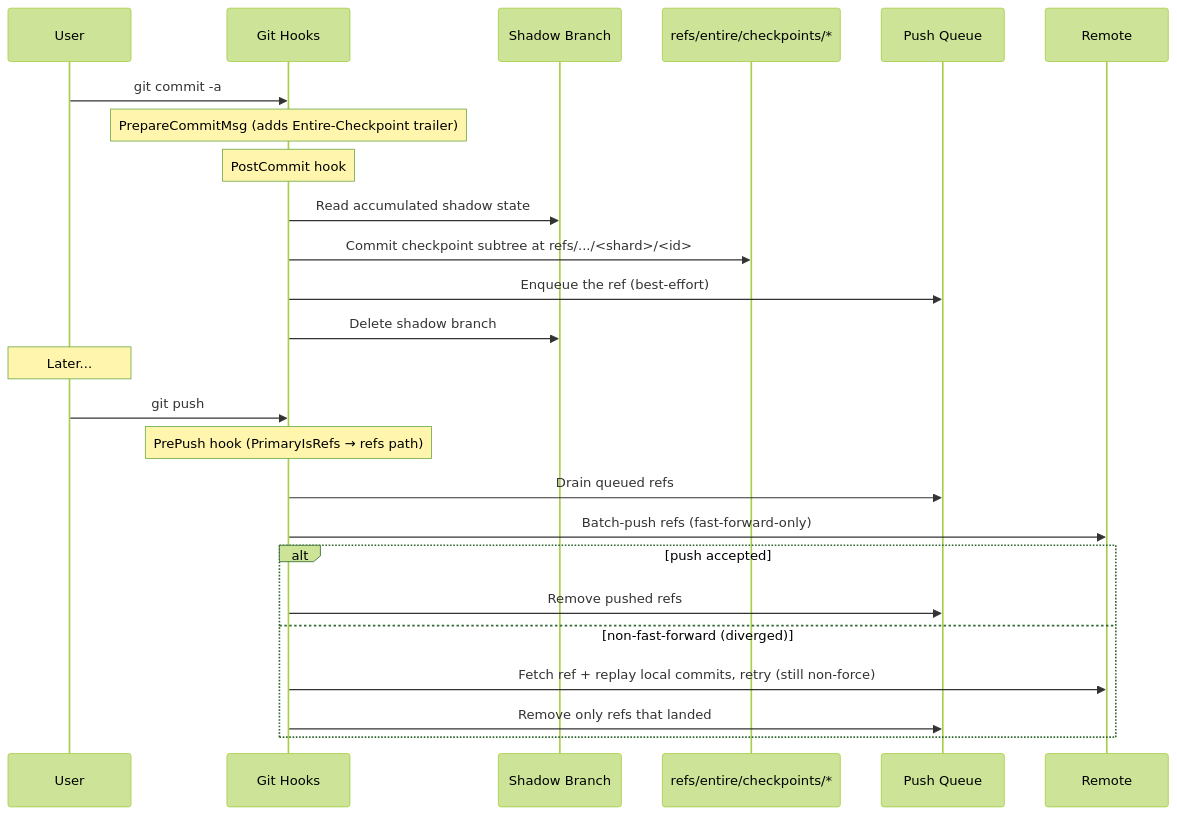
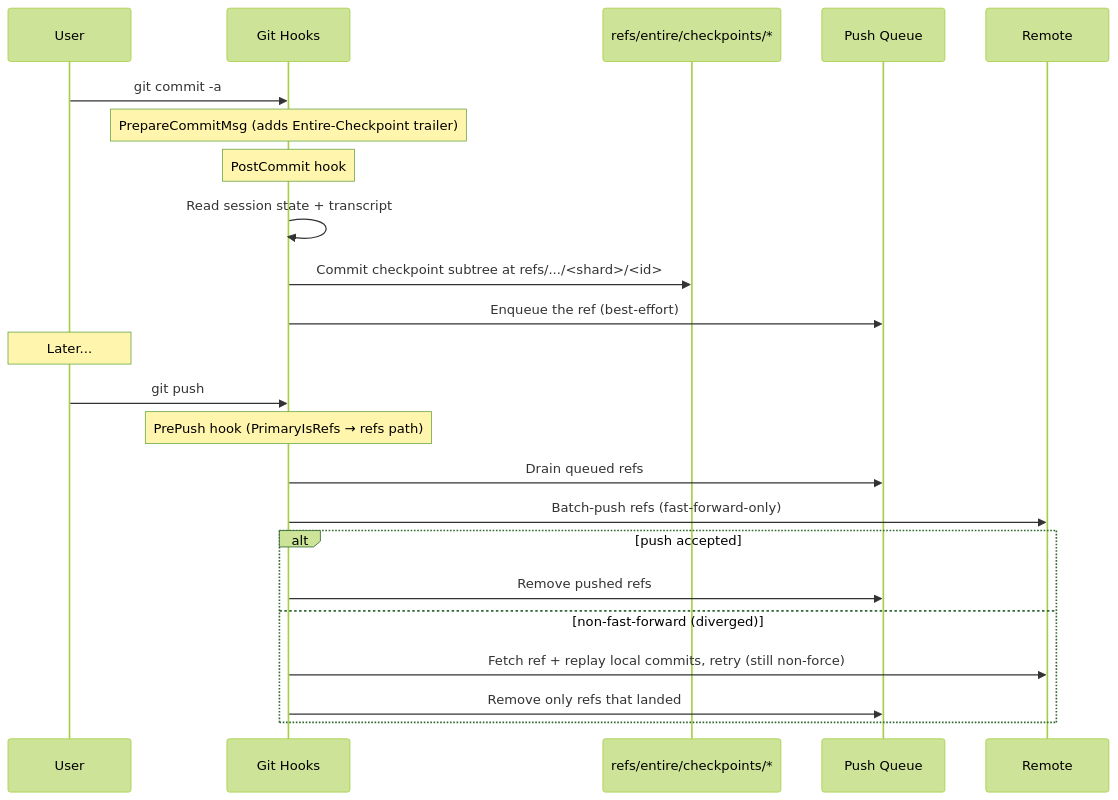
One commit to entireio/cli changed the tenth of 10 diagrams in docs/architecture/checkpoint-scenarios.md. Above: the diagram before and after it, drawn with Mermaid (forest theme). The commit also changed other lines of this file and 17 other files, not shown here.

````diff
--- a/docs/architecture/checkpoint-scenarios.md
+++ b/docs/architecture/checkpoint-scenarios.md
@@ -521,29 +339,27 @@
 ```mermaid
 sequenceDiagram
     participant U as User
     participant G as Git Hooks
-    participant SB as Shadow Branch
     participant R as refs/entire/checkpoints/*
     participant PQ as Push Queue
     participant Rem as Remote
 
     U->>G: git commit -a
     Note over G: PrepareCommitMsg (adds Entire-Checkpoint trailer)
     Note over G: PostCommit hook
-    G->>SB: Read accumulated shadow state
+    G->>G: Read session state + transcript
     G->>R: Commit checkpoint subtree at refs/.../<shard>/<id>
     G->>PQ: Enqueue the ref (best-effort)
-    G->>SB: Delete shadow branch
 
     Note over U: Later...
     U->>G: git push
     Note over G: PrePush hook (PrimaryIsRefs → refs path)
     G->>PQ: Drain queued refs
     G->>Rem: Batch-push refs (fast-forward-only)
     alt push accepted
         G->>PQ: Remove pushed refs
     else non-fast-forward (diverged)
         G->>Rem: Fetch ref + replay local commits, retry (still non-force)
         G->>PQ: Remove only refs that landed
     end
 ```
````
